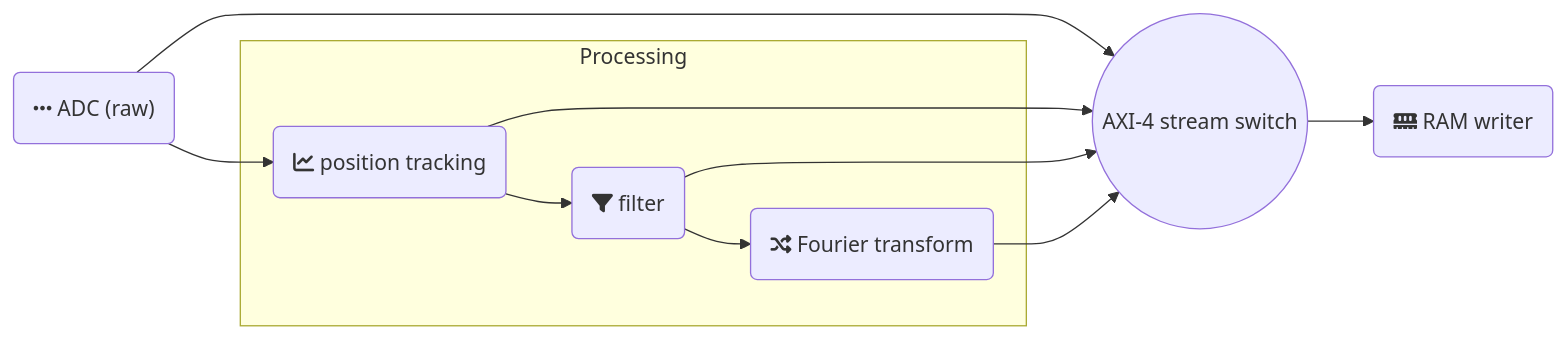
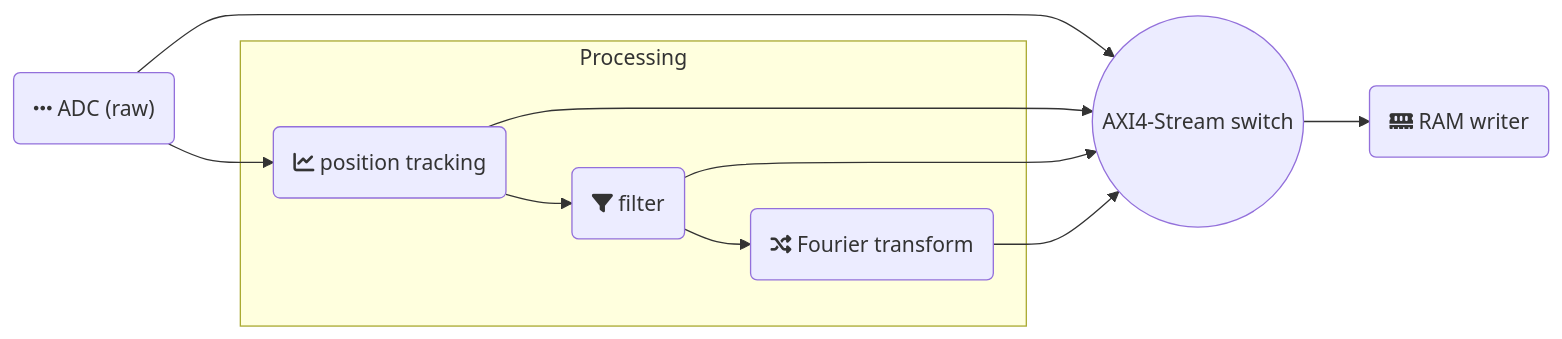
Before and after one commit to Apollo3zehn/Vibrometer: the first of 5 diagrams in doc/flow_diagram.md, drawn with Mermaid. The commit also changed 2 other files, not shown here.

Commit message:
Fix wrong naming.

````diff
--- a/doc/flow_diagram.md
+++ b/doc/flow_diagram.md
@@ -1,23 +1,23 @@
 ```mermaid
 graph LR
     DA("fa:fa-ellipsis-h ADC (raw)")
     PT(fa:fa-chart-line position tracking)
     FI(fa:fa-filter filter)
     FT(fa:fa-random Fourier transform)
-    AS((AXI-4 stream switch))
+    AS((AXI4-Stream switch))
     RW(fa:fa-memory RAM writer)
 
     DA --> PT
 
     subgraph Processing
         PT --> FI
         FI --> FT
     end
 
     DA --> AS
     PT --> AS
     FI --> AS
     FT --> AS
 
     AS --> RW
 ```
````
